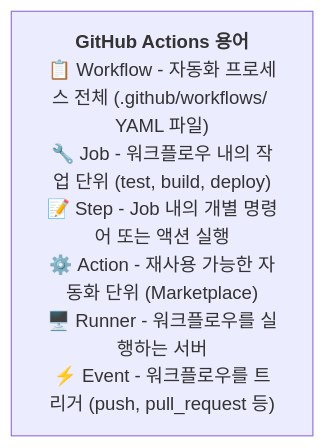
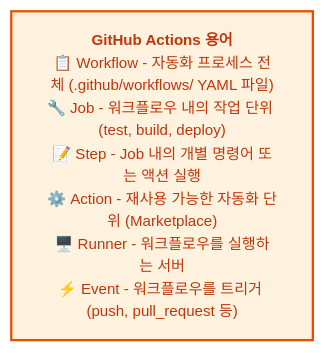
One commit to jingu279/Document changed the second of 2 diagrams in git/06_GitHub/05_GitHub_Actions.md. Above: the diagram before and after it, drawn with Mermaid. The commit also changed other lines of this file and 24 other files, not shown here.

First line of the commit message:
Git 문서 전체 Mermaid 다이어그램 스타일링 통일

````diff
--- a/git/06_GitHub/05_GitHub_Actions.md
+++ b/git/06_GitHub/05_GitHub_Actions.md
@@ -38,4 +44,10 @@
 ```mermaid
+%%{init: {'theme': 'base', 'themeVariables': {'fontSize': '13px'}}}%%
 flowchart TB
-  Terms["<b>GitHub Actions 용어</b><br/>📋 Workflow - 자동화 프로세스 전체 (.github/workflows/ YAML 파일)<br/>🔧 Job - 워크플로우 내의 작업 단위 (test, build, deploy)<br/>📝 Step - Job 내의 개별 명령어 또는 액션 실행<br/>⚙️ Action - 재사용 가능한 자동화 단위 (Marketplace)<br/>🖥️ Runner - 워크플로우를 실행하는 서버<br/>⚡ Event - 워크플로우를 트리거 (push, pull_request 등)"]
+  classDef main fill:#fff3e0,stroke:#e65100,stroke-width:2px,color:#bf360c
+  classDef sub fill:#e8f5e9,stroke:#2e7d32,stroke-width:2px,color:#1b5e20
+  classDef proc fill:#e3f2fd,stroke:#1565c0,stroke-width:2px,color:#0d47a1
+  classDef decision fill:#fff9c4,stroke:#f9a825,stroke-width:2px,color:#e65100
+  classDef highlight fill:#f3e5f5,stroke:#6a1b9a,stroke-width:2px,color:#4a148c
+  Terms["<b>GitHub Actions 용어</b><br/>📋 Workflow - 자동화 프로세스 전체 (.github/workflows/ YAML 파일)<br/>🔧 Job - 워크플로우 내의 작업 단위 (test, build, deploy)<br/>📝 Step - Job 내의 개별 명령어 또는 액션 실행<br/>⚙️ Action - 재사용 가능한 자동화 단위 (Marketplace)<br/>🖥️ Runner - 워크플로우를 실행하는 서버<br/>⚡ Event - 워크플로우를 트리거 (push, pull_request 등)"]:::main
 ```
````
